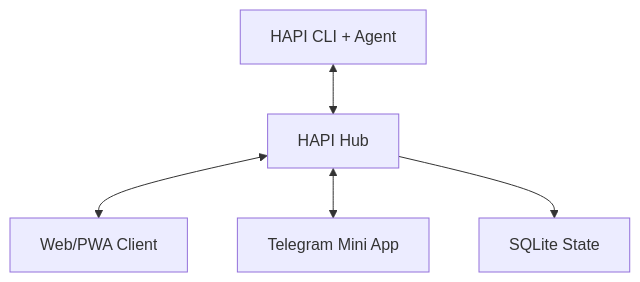
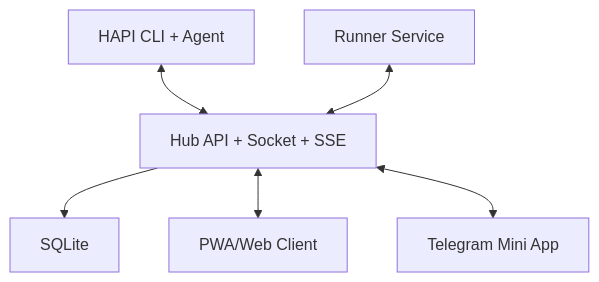
One commit to johnxie/awesome-code-docs changed the diagram in tutorials/hapi-tutorial/02-system-architecture.md. Above: the diagram before and after it, drawn with Mermaid. The commit also changed other lines of this file and 7 other files, not shown here.

````diff
--- a/tutorials/hapi-tutorial/02-system-architecture.md
+++ b/tutorials/hapi-tutorial/02-system-architecture.md
@@ -14,7 +14,8 @@
 ```mermaid
 graph TD
-    A[HAPI CLI + Agent] <--> B[HAPI Hub]
-    B <--> C[Web/PWA Client]
-    B <--> D[Telegram Mini App]
-    B --> E[SQLite State]
+    CLI[HAPI CLI + Agent] <--> HUB[Hub API + Socket + SSE]
+    HUB --> DB[SQLite]
+    HUB <--> WEB[PWA/Web Client]
+    HUB <--> TG[Telegram Mini App]
+    RUN[Runner Service] <--> HUB
 ```
````
